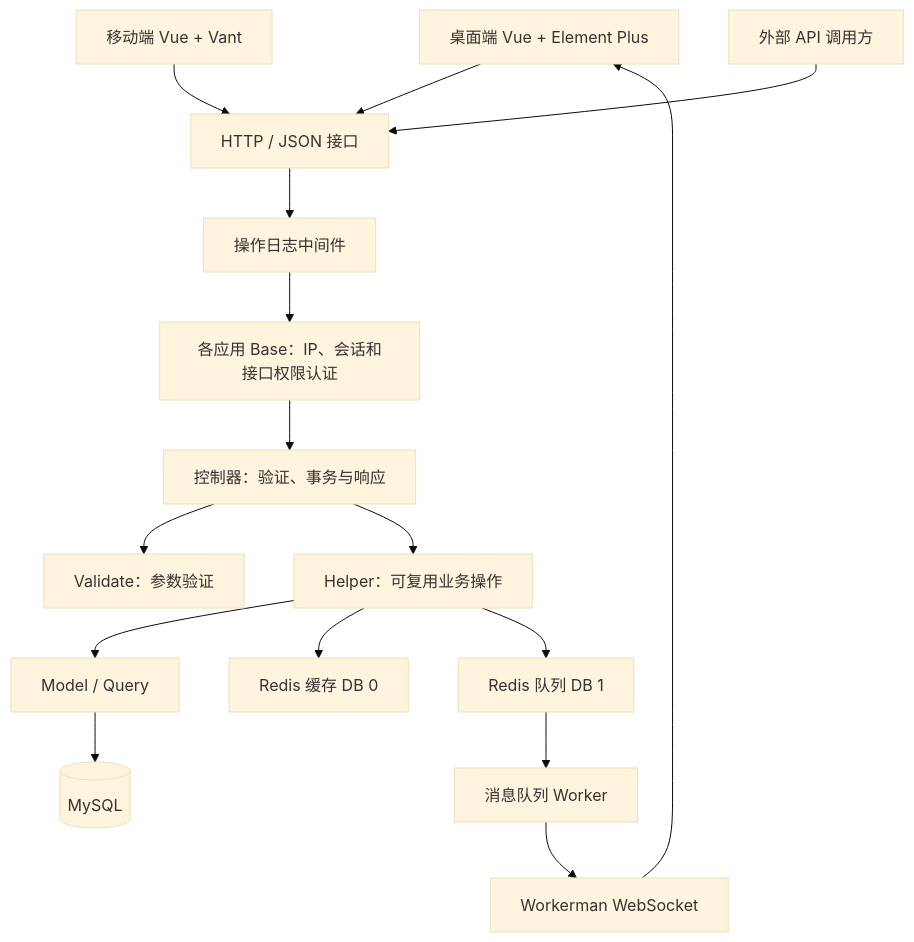
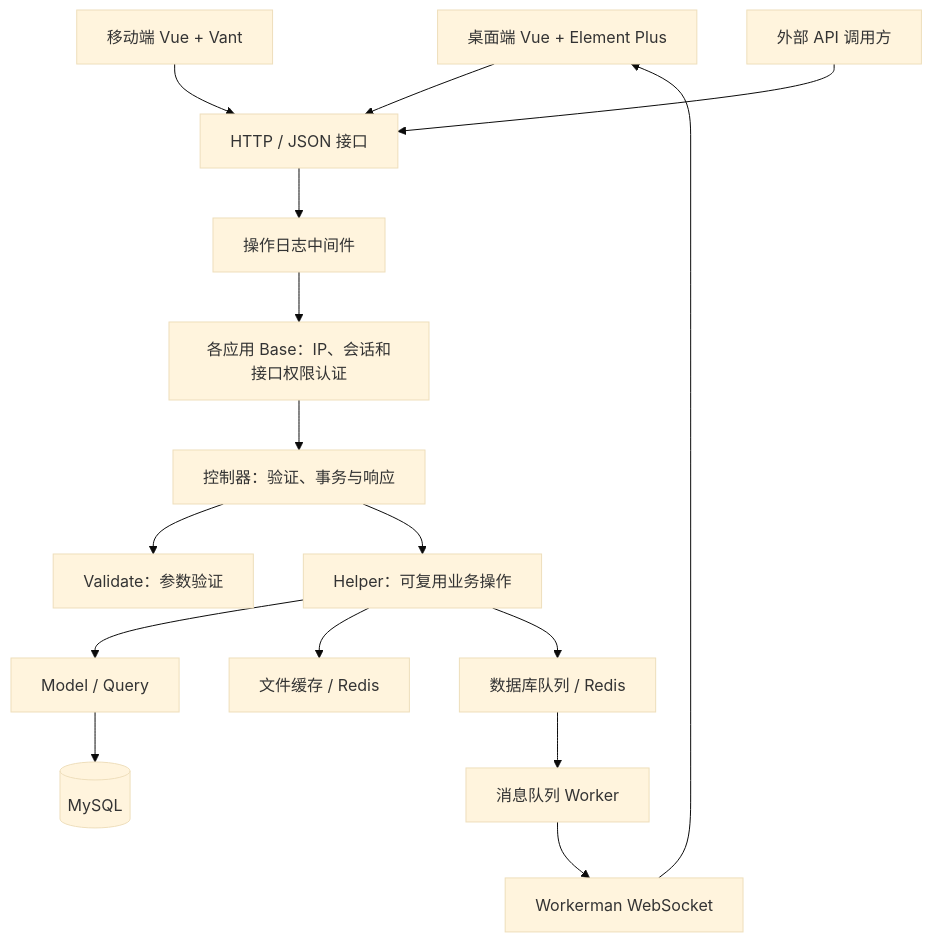
One commit to sunqianhu/sun_admin changed the first of 2 diagrams in README.md. Above: the diagram before and after it, drawn with Mermaid (base theme). The commit also changed other lines of this file and 11 other files, not shown here.

```diff
--- a/README.md
+++ b/README.md
@@ -55,18 +55,18 @@
 ~~~mermaid
 flowchart TD
     D["桌面端 Vue + Element Plus"] --> H["HTTP / JSON 接口"]
     M["移动端 Vue + Vant"] --> H
     A["外部 API 调用方"] --> H
     H --> L["操作日志中间件"]
     L --> B["各应用 Base：IP、会话和接口权限认证"]
     B --> C["控制器：验证、事务与响应"]
     C --> V["Validate：参数验证"]
     C --> P["Helper：可复用业务操作"]
     P --> O["Model / Query"]
     O --> DB[("MySQL")]
-    P --> CACHE["Redis 缓存 DB 0"]
-    P --> Q["Redis 队列 DB 1"]
+    P --> CACHE["文件缓存 / Redis"]
+    P --> Q["数据库队列 / Redis"]
     Q --> W["消息队列 Worker"]
     W --> WS["Workerman WebSocket"]
     WS --> D
 ~~~
```
